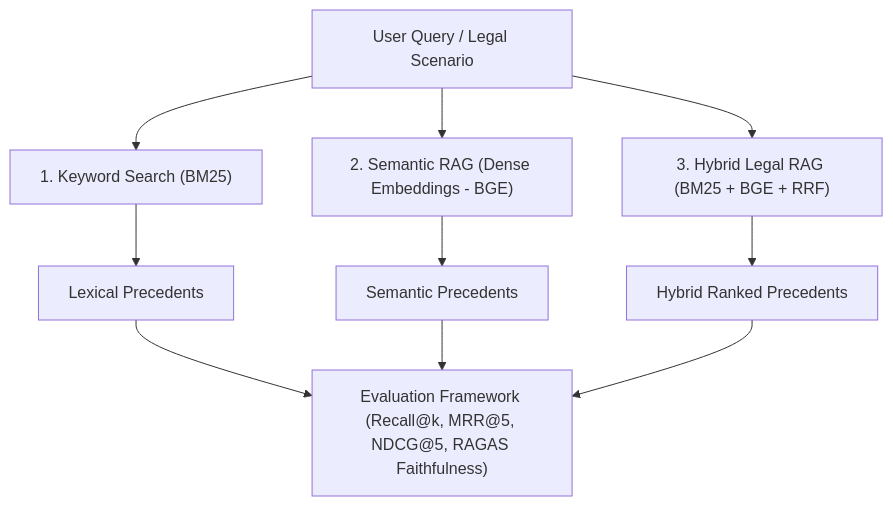
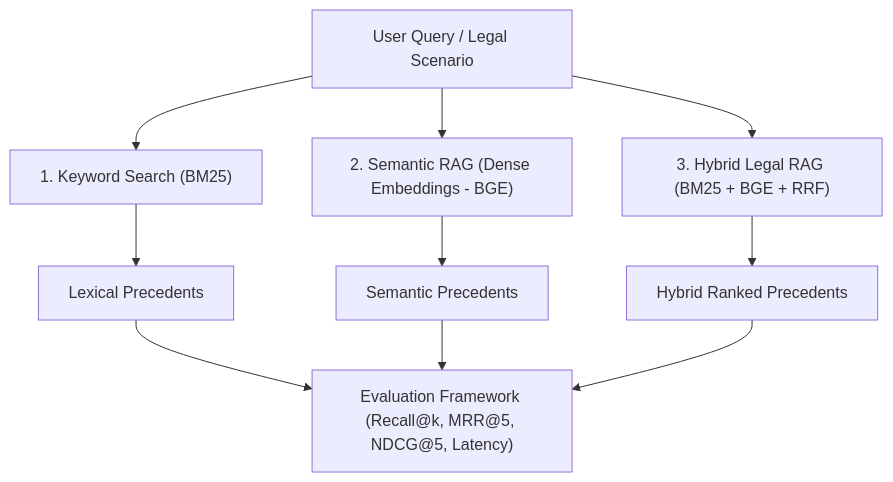
The diagram in Project_Tracker.md (sassysohom48/JusticeRAG), drawn with Mermaid before and after one commit. The commit also changed other lines of this file, not shown here.

````diff
--- a/Project_Tracker.md
+++ b/Project_Tracker.md
@@ -71,14 +78,14 @@
 ```mermaid
 graph TD
     Query["User Query / Legal Scenario"] --> M1["1. Keyword Search (BM25)"]
     Query --> M2["2. Semantic RAG (Dense Embeddings - BGE)"]
     Query --> M3["3. Hybrid Legal RAG (BM25 + BGE + RRF)"]
     
     M1 --> Res1["Lexical Precedents"]
     M2 --> Res2["Semantic Precedents"]
     M3 --> Res3["Hybrid Ranked Precedents"]
     
-    Res1 --> Eval["Evaluation Framework (Recall@k, MRR@5, NDCG@5, RAGAS Faithfulness)"]
+    Res1 --> Eval["Evaluation Framework (Recall@k, MRR@5, NDCG@5, Latency)"]
     Res2 --> Eval
     Res3 --> Eval
 ```
````
